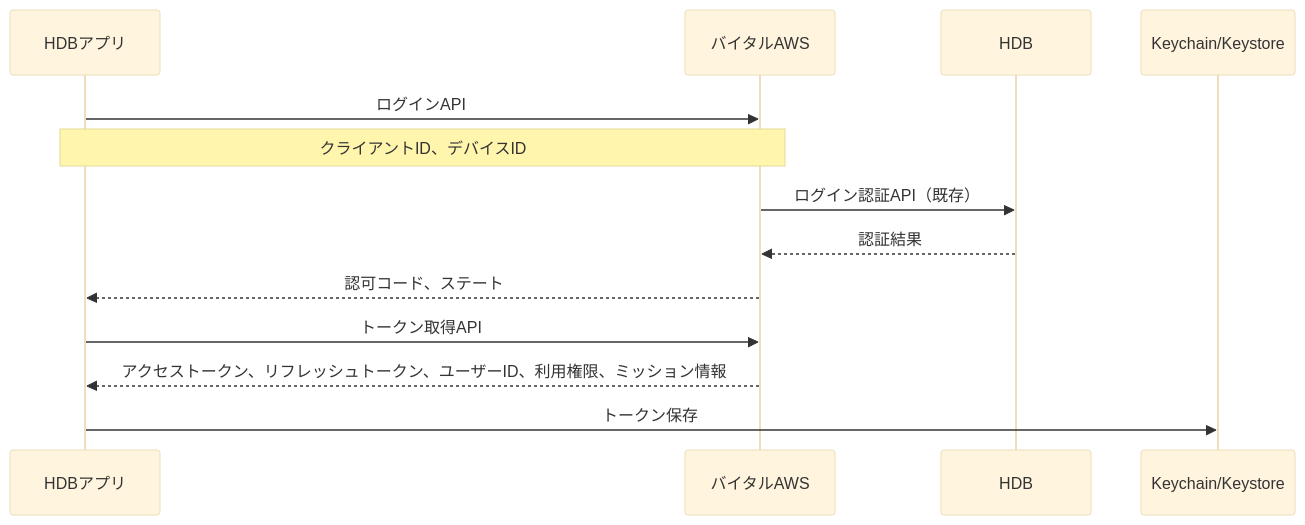
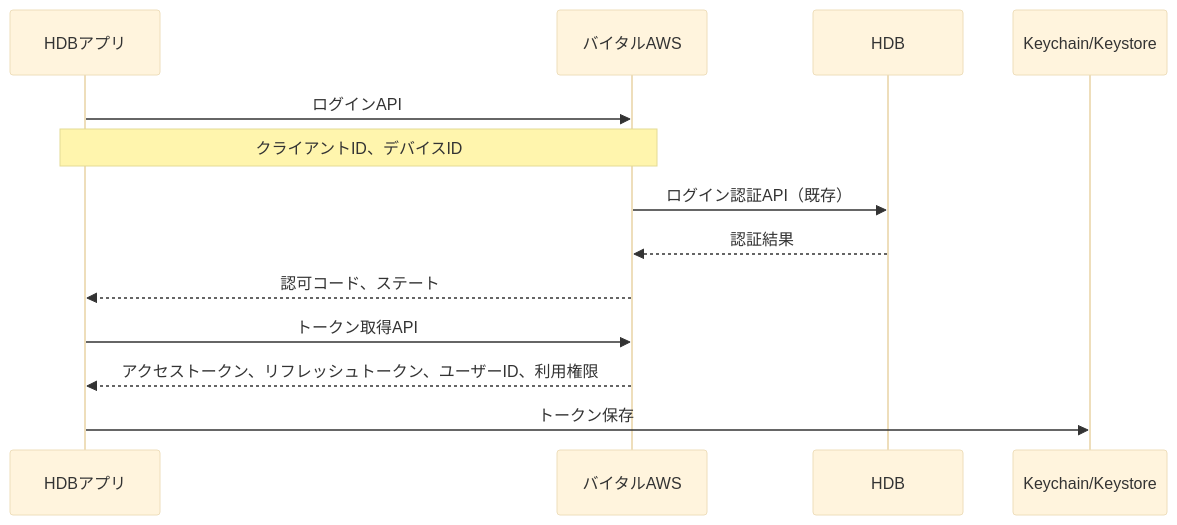
Before and after one commit to sasaibu/hdb: the second of 15 diagrams in doc/QA/画面別API通信図.md, drawn with Mermaid (base theme). The commit also changed other lines of this file and 1 other file, not shown here.

Commit message:
シーケンス図の修正 PUSH通知に関する資料追加

````diff
--- a/doc/QA/画面別API通信図.md
+++ b/doc/QA/画面別API通信図.md
@@ -55,16 +47,16 @@
 ```mermaid
 sequenceDiagram
     participant App as HDBアプリ
     participant AWS as バイタルAWS
     participant HDB as HDB
     participant Keychain as Keychain/Keystore
     
     App->>AWS: ログインAPI
     Note over App,AWS: クライアントID、デバイスID
     AWS->>HDB: ログイン認証API（既存）
     HDB-->>AWS: 認証結果
     AWS-->>App: 認可コード、ステート
     App->>AWS: トークン取得API
-    AWS-->>App: アクセストークン、リフレッシュトークン、ユーザーID、利用権限、ミッション情報
+    AWS-->>App: アクセストークン、リフレッシュトークン、ユーザーID、利用権限
     App->>Keychain: トークン保存
 ```
````
